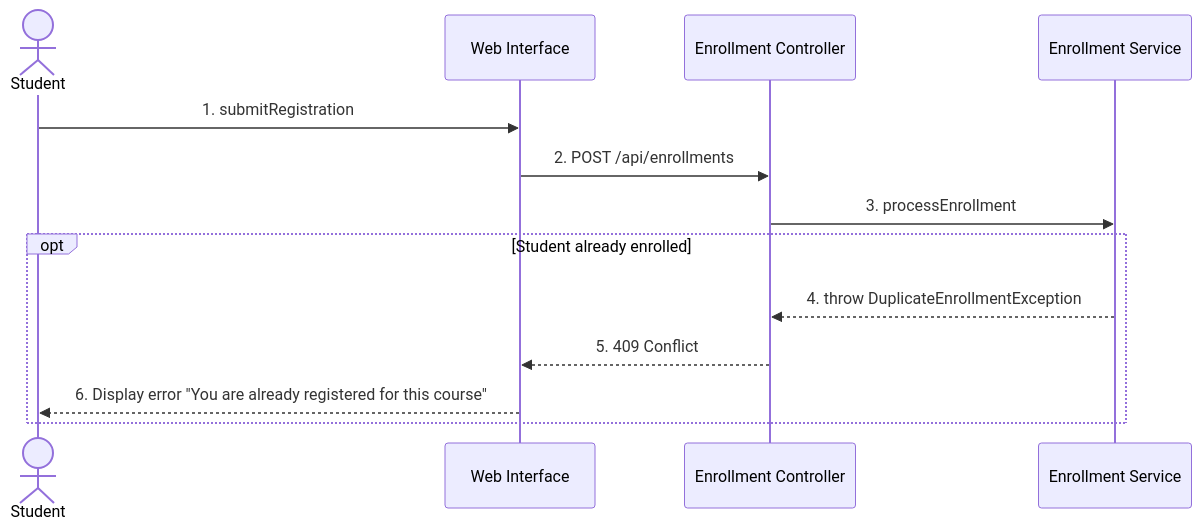
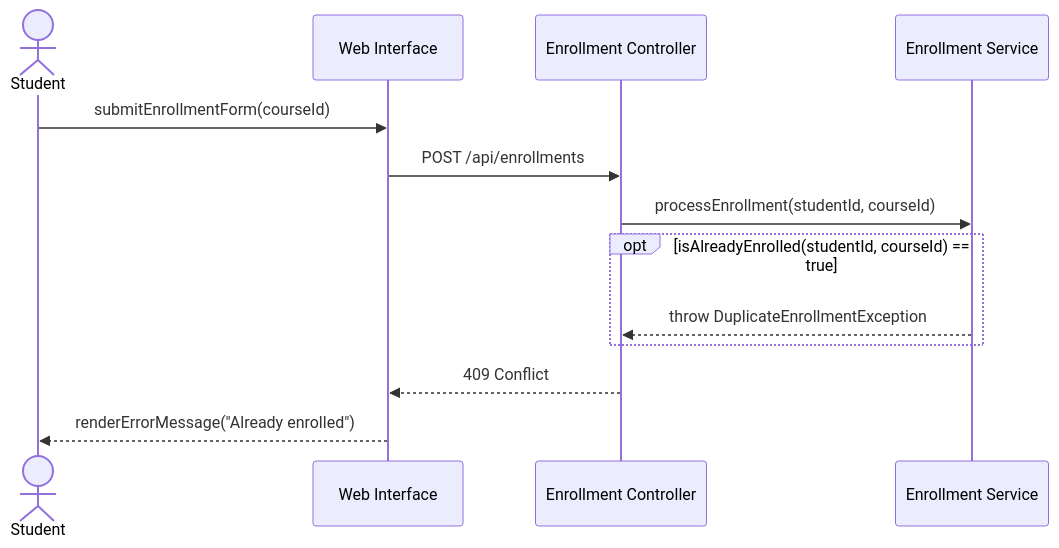
Before and after one commit to overdimension/KPI2-labs: the third of 4 diagrams in Diagrams/Diagrams.md, drawn with Mermaid. The commit also changed other lines of this file, not shown here.

Commit message:
Refactor enrollment diagrams for clarity and accuracy

````diff
--- a/Diagrams/Diagrams.md
+++ b/Diagrams/Diagrams.md
@@ -43,17 +46,18 @@
 ```mermaid
 sequenceDiagram
     actor Student as Student
     participant WI as Web Interface
     participant EC as Enrollment Controller
     participant ES as Enrollment Service
 
-    Student->>WI: 1. submitRegistration
-    WI->>EC: 2. POST /api/enrollments
-    EC->>ES: 3. processEnrollment
+    Student->>WI: submitEnrollmentForm(courseId)
+    WI->>EC: POST /api/enrollments
+    EC->>ES: processEnrollment(studentId, courseId)
 
-    opt Student already enrolled
-        ES-->>EC: 4. throw DuplicateEnrollmentException
-        EC-->>WI: 5. 409 Conflict
-        WI-->>Student: 6. Display error "You are already registered for this course"
+    opt isAlreadyEnrolled(studentId, courseId) == true
+        ES-->>EC: throw DuplicateEnrollmentException
     end
+
+    EC-->>WI: 409 Conflict
+    WI-->>Student: renderErrorMessage("Already enrolled")
 ```
````
